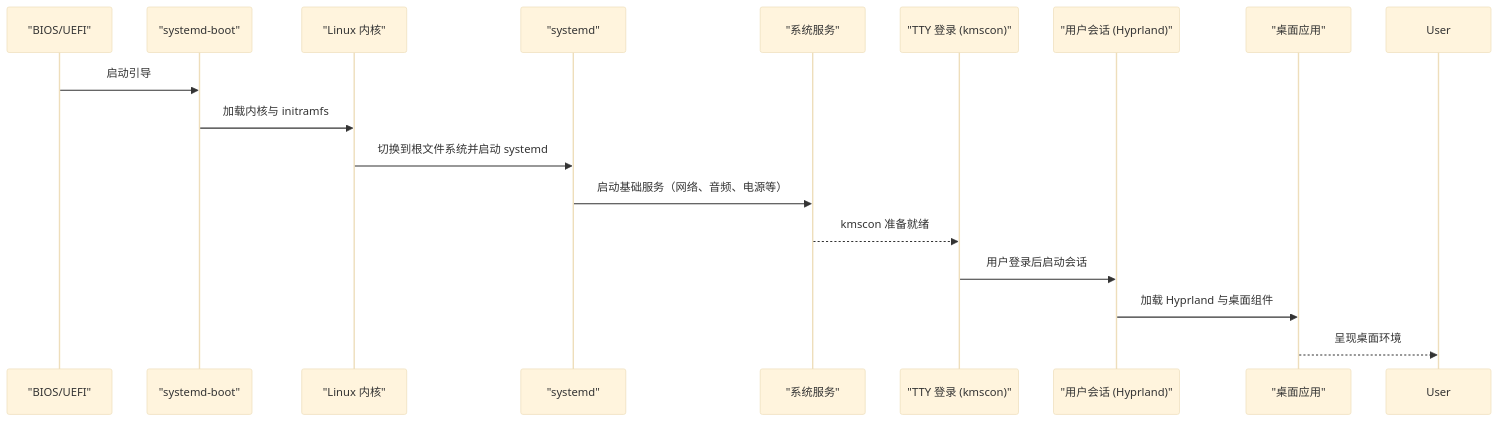
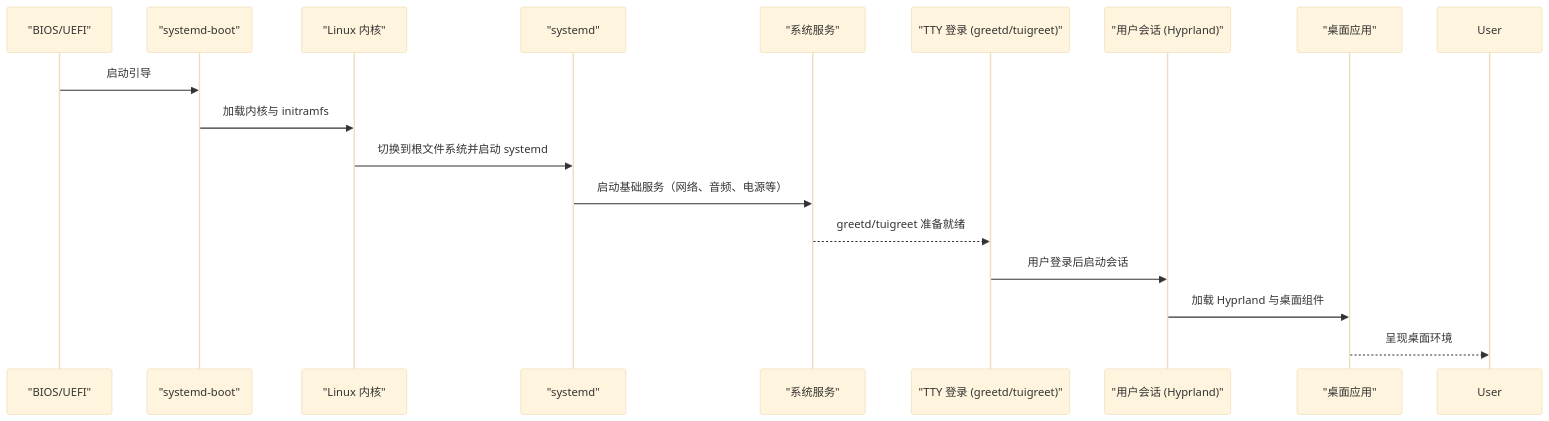
The second of 3 diagrams in wiki/architecture/host.md (Shangshui0302/myNixOSConfig), drawn with Mermaid (base theme) before and after one commit. The commit also changed other lines of this file and 25 other files, not shown here.

Commit message:
feat(desktop): switch main TTY login to greetd

````diff
--- a/wiki/architecture/host.md
+++ b/wiki/architecture/host.md
@@ -60,19 +60,19 @@
 ```mermaid
 sequenceDiagram
 participant Firmware as "BIOS/UEFI"
 participant Bootloader as "systemd-boot"
 participant Kernel as "Linux 内核"
 participant Init as "systemd"
 participant Services as "系统服务"
-participant TTY as "TTY 登录 (kmscon)"
+participant TTY as "TTY 登录 (greetd/tuigreet)"
 participant Session as "用户会话 (Hyprland)"
 participant Desktop as "桌面应用"
 Firmware->>Bootloader : 启动引导
 Bootloader->>Kernel : 加载内核与 initramfs
 Kernel->>Init : 切换到根文件系统并启动 systemd
 Init->>Services : 启动基础服务（网络、音频、电源等）
-Services-->>TTY : kmscon 准备就绪
+Services-->>TTY : greetd/tuigreet 准备就绪
 TTY->>Session : 用户登录后启动会话
 Session->>Desktop : 加载 Hyprland 与桌面组件
 Desktop-->>User : 呈现桌面环境
 ```
````
